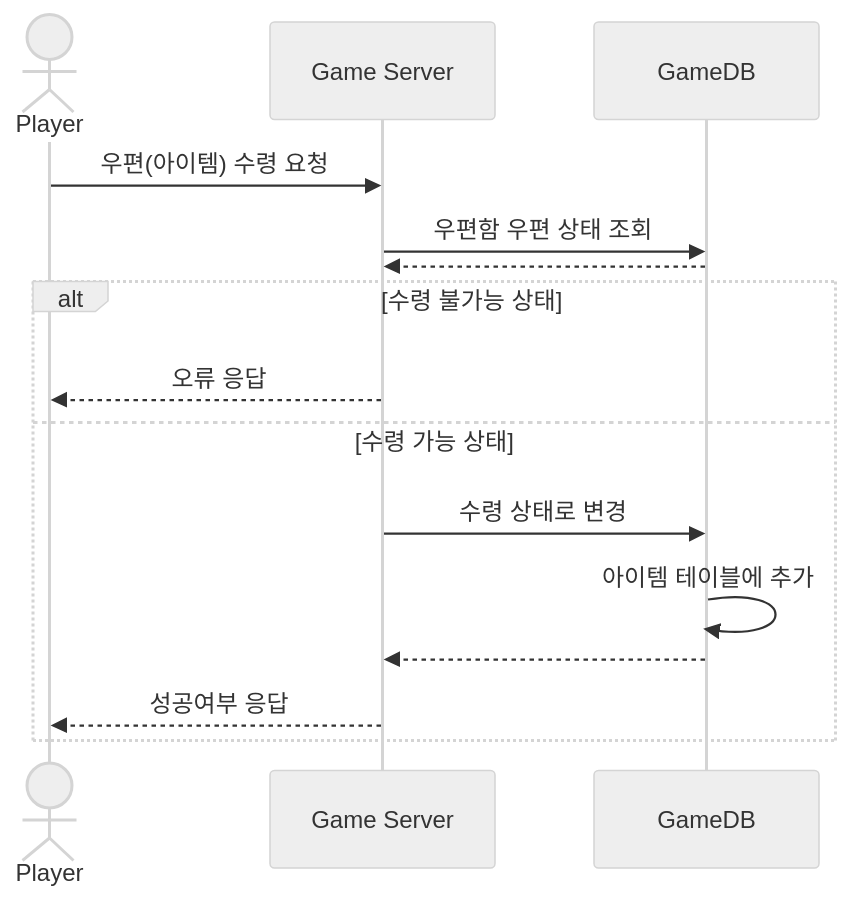
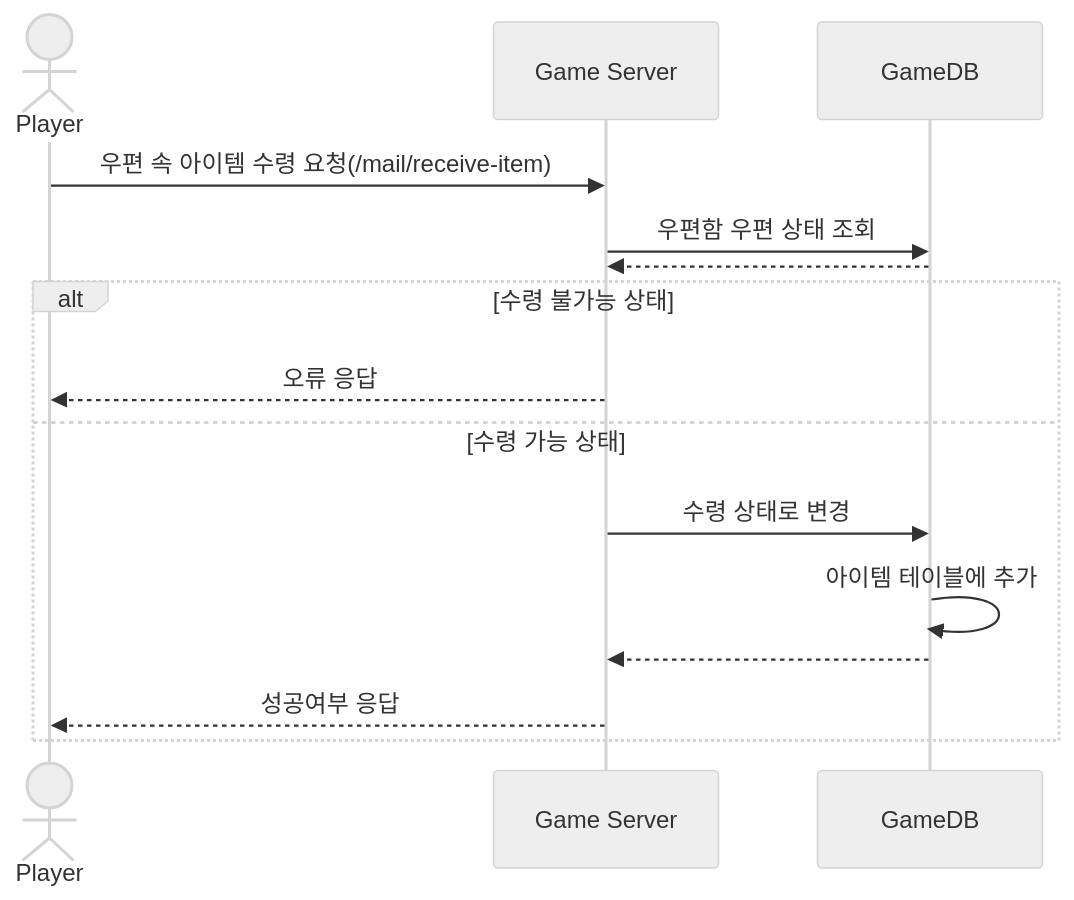
One commit to yujinS0/Omok-Game changed the third of 4 diagrams in SequenceDiagram/MailBox.md. Above: the diagram before and after it, drawn with Mermaid (neutral theme). The commit also changed other lines of this file, not shown here.

````diff
--- a/SequenceDiagram/MailBox.md
+++ b/SequenceDiagram/MailBox.md
@@ -50,19 +57,19 @@
 ```mermaid
 sequenceDiagram
 	actor Player
 	participant Game Server
   	participant GameDB
 
-	Player ->> Game Server : 우편(아이템) 수령 요청
+	Player ->> Game Server : 우편 속 아이템 수령 요청(/mail/receive-item)
 	Game Server ->> GameDB : 우편함 우편 상태 조회
 	GameDB -->> Game Server : 
 	alt 수령 불가능 상태
 		Game Server -->> Player : 오류 응답
 	else 수령 가능 상태
 		Game Server ->> GameDB : 수령 상태로 변경
 		GameDB ->> GameDB : 아이템 테이블에 추가
 		GameDB -->> Game Server : 
 		
 		Game Server -->> Player : 성공여부 응답
 	end
 ```
````
